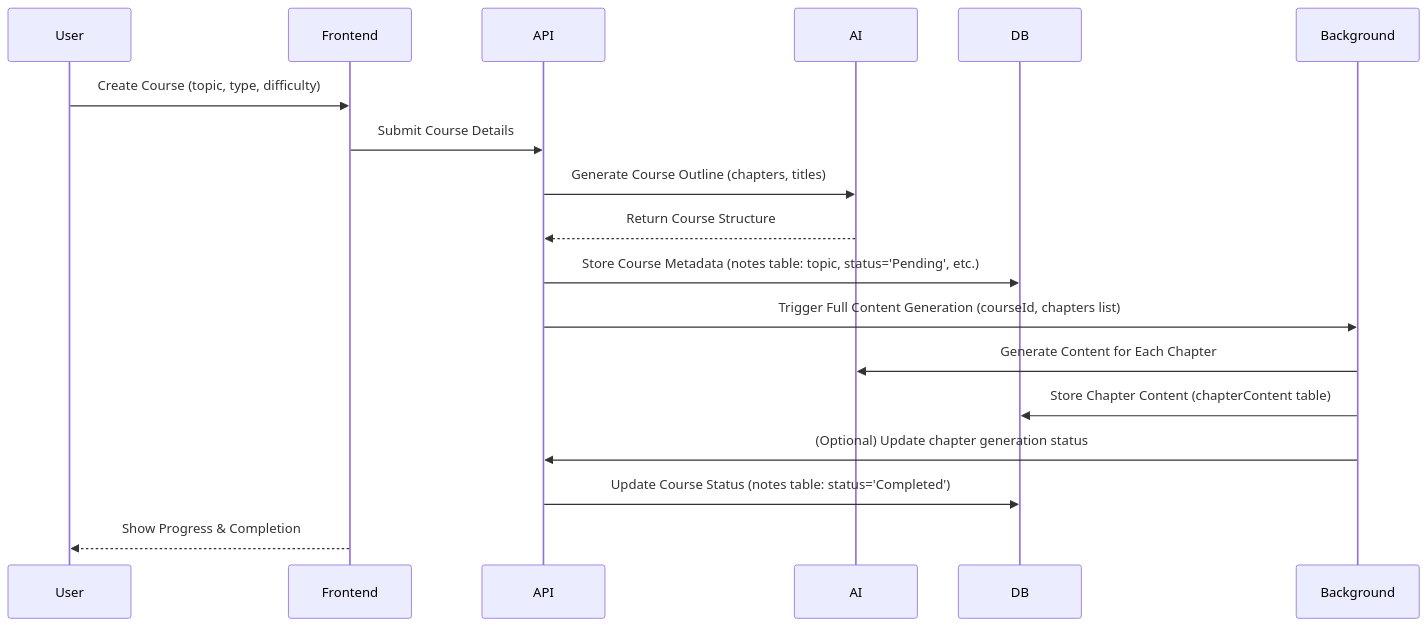
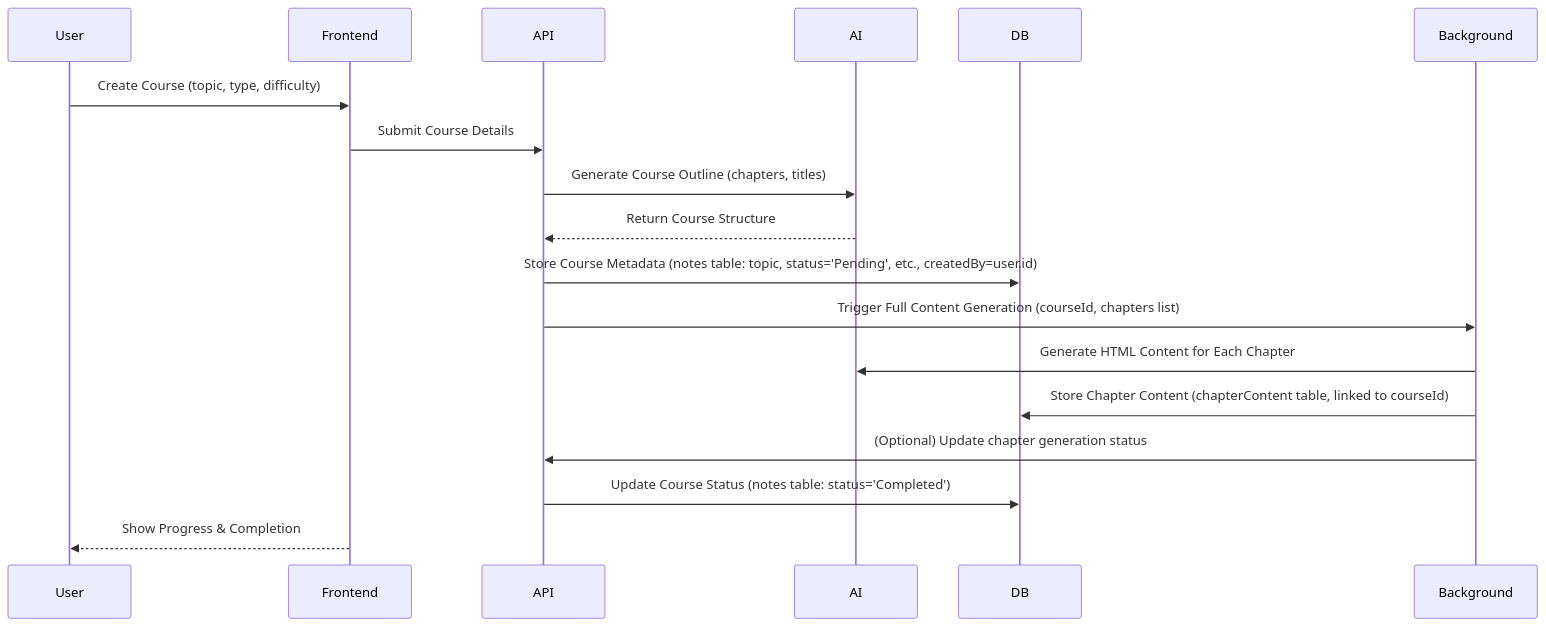
One commit to ItsRudraksh/studymate-ai changed the third of 4 diagrams in README.md. Above: the diagram before and after it, drawn with Mermaid. The commit also changed other lines of this file and 7 other files, not shown here.

````diff
--- a/README.md
+++ b/README.md
@@ -127,21 +126,21 @@
 ```mermaid
 sequenceDiagram
     participant User
     participant Frontend
     participant API
     participant AI
     participant DB
     participant Background
 
     User->>Frontend: Create Course (topic, type, difficulty)
     Frontend->>API: Submit Course Details
     API->>AI: Generate Course Outline (chapters, titles)
     AI-->>API: Return Course Structure
-    API->>DB: Store Course Metadata (notes table: topic, status='Pending', etc.)
+    API->>DB: Store Course Metadata (notes table: topic, status='Pending', etc., createdBy=user.id)
     API->>Background: Trigger Full Content Generation (courseId, chapters list)
-    Background->>AI: Generate Content for Each Chapter
-    Background->>DB: Store Chapter Content (chapterContent table)
+    Background->>AI: Generate HTML Content for Each Chapter
+    Background->>DB: Store Chapter Content (chapterContent table, linked to courseId)
     Background->>API: (Optional) Update chapter generation status
     API->>DB: Update Course Status (notes table: status='Completed')
     Frontend-->>User: Show Progress & Completion
 ```
````
